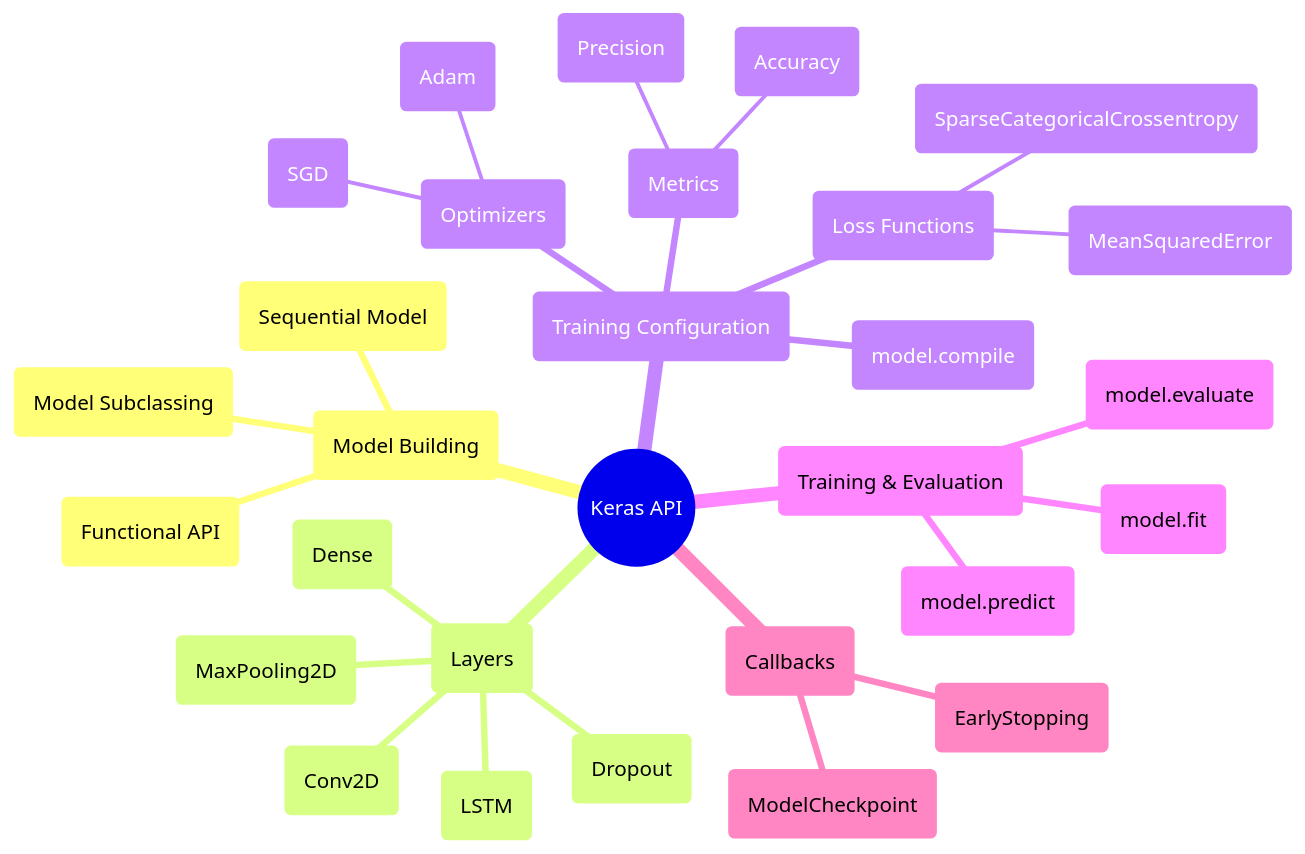
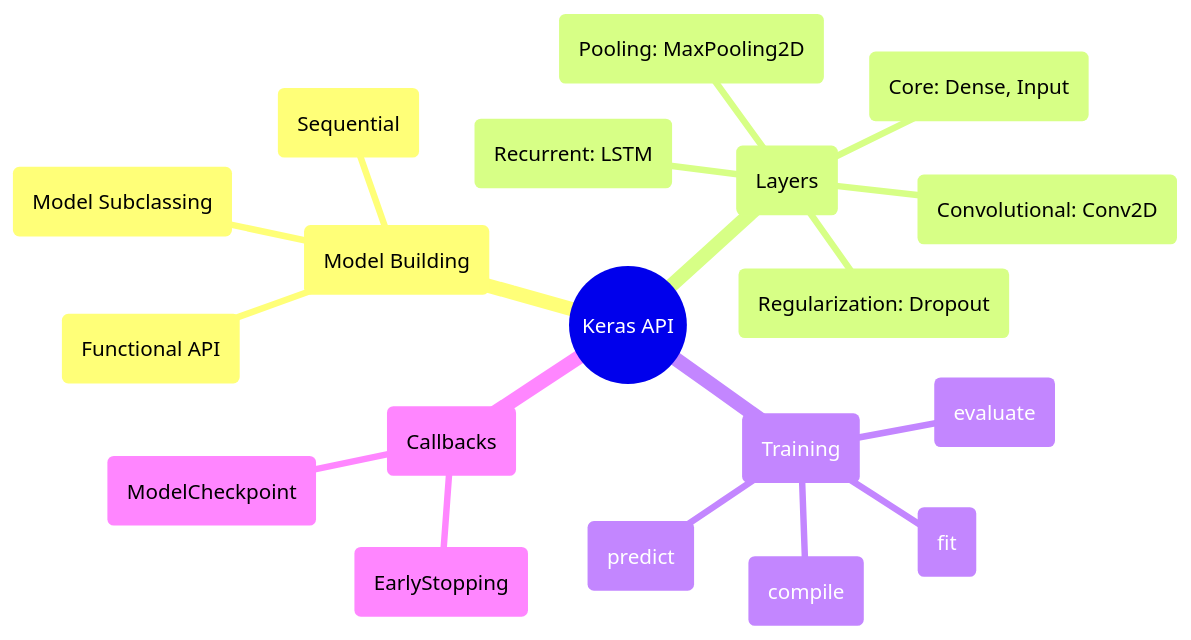
Before and after one commit to tt33415366/python_data_process_lib_intro: the third of 3 diagrams in docs/deep-learning/en/keras_evolution_document.md, drawn with Mermaid. The commit also changed other lines of this file and 1 other file, not shown here.

First line of the commit message:
fix(docs-keras): add missing API mindmap and sync EN/ZH docs

````diff
--- a/docs/deep-learning/en/keras_evolution_document.md
+++ b/docs/deep-learning/en/keras_evolution_document.md
@@ -115,32 +982,22 @@
 ```mermaid
 mindmap
   root((Keras API))
     (Model Building)
-      (Sequential Model)
+      (Sequential)
       (Functional API)
       (Model Subclassing)
     (Layers)
-      (Dense)
-      (Conv2D)
-      (MaxPooling2D)
-      (LSTM)
-      (Dropout)
-    (Training Configuration)
-      (model.compile)
-      (Optimizers)
-        (Adam)
-        (SGD)
-      (Loss Functions)
-        (SparseCategoricalCrossentropy)
-        (MeanSquaredError)
-      (Metrics)
-        (Accuracy)
-        (Precision)
-    (Training & Evaluation)
-      (model.fit)
-      (model.evaluate)
-      (model.predict)
+      (Core: Dense, Input)
+      (Convolutional: Conv2D)
+      (Pooling: MaxPooling2D)
+      (Recurrent: LSTM)
+      (Regularization: Dropout)
+    (Training)
+      (compile)
+      (fit)
+      (evaluate)
+      (predict)
     (Callbacks)
       (EarlyStopping)
       (ModelCheckpoint)
 ```
````
